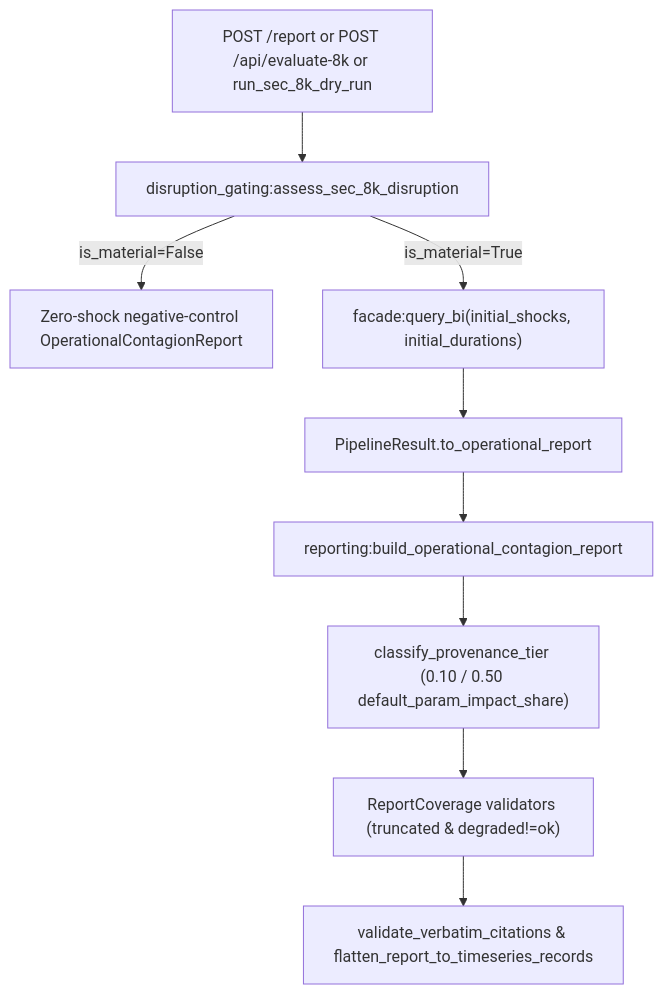
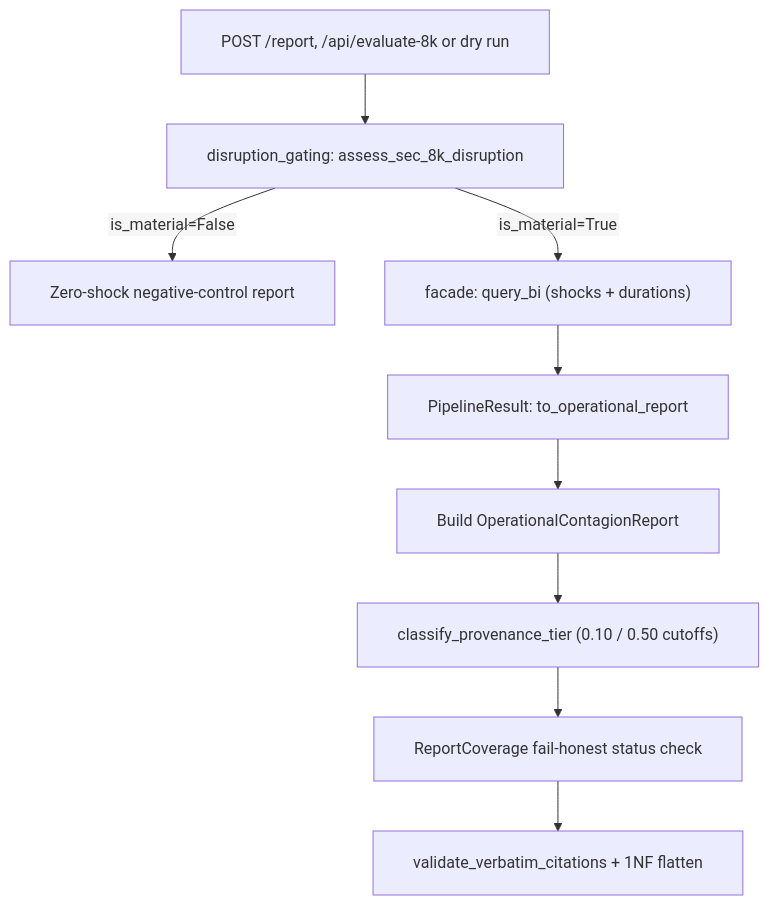
One commit to CamiloEmiliano/YarnBall changed the third of 4 diagrams in docs/technical-report/03-retrieval-contagion-and-reporting.md. Above: the diagram before and after it, drawn with Mermaid. The commit also changed other lines of this file and 6 other files, not shown here.

Commit message:
docs(technical-report): fix Mermaid rendering, Monograph numbering, notation, and Ch.0 layout

````diff
--- a/docs/technical-report/03-retrieval-contagion-and-reporting.md
+++ b/docs/technical-report/03-retrieval-contagion-and-reporting.md
@@ -253,11 +264,12 @@
 ```mermaid
+%%{init: {"flowchart": {"htmlLabels": false, "wrappingWidth": 420, "padding": 20}}}%%
 flowchart TD
-    A["POST /report or POST /api/evaluate-8k or run_sec_8k_dry_run"] --> B["disruption_gating:assess_sec_8k_disruption"]
-    B -->|"is_material=False"| C["Zero-shock negative-control OperationalContagionReport"]
-    B -->|"is_material=True"| D["facade:query_bi(initial_shocks, initial_durations)"]
-    D --> E["PipelineResult.to_operational_report"]
-    E --> F["reporting:build_operational_contagion_report"]
-    F --> G["classify_provenance_tier (0.10 / 0.50 default_param_impact_share)"]
-    G --> H["ReportCoverage validators (truncated & degraded!=ok)"]
-    H --> I["validate_verbatim_citations & flatten_report_to_timeseries_records"]
+    A["POST /report, /api/evaluate-8k or dry run"] --> B["disruption_gating: assess_sec_8k_disruption"]
+    B -->|"is_material=False"| C["Zero-shock negative-control report"]
+    B -->|"is_material=True"| D["facade: query_bi (shocks + durations)"]
+    D --> E["PipelineResult: to_operational_report"]
+    E --> F["Build OperationalContagionReport"]
+    F --> G["classify_provenance_tier (0.10 / 0.50 cutoffs)"]
+    G --> H["ReportCoverage fail-honest status check"]
+    H --> I["validate_verbatim_citations + 1NF flatten"]
 ```
````
